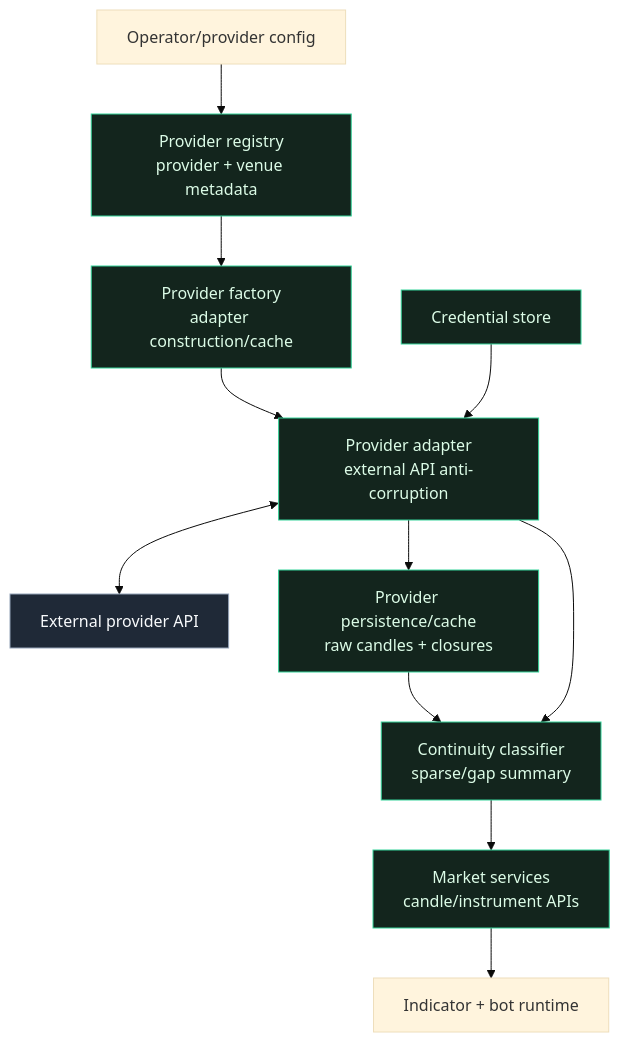
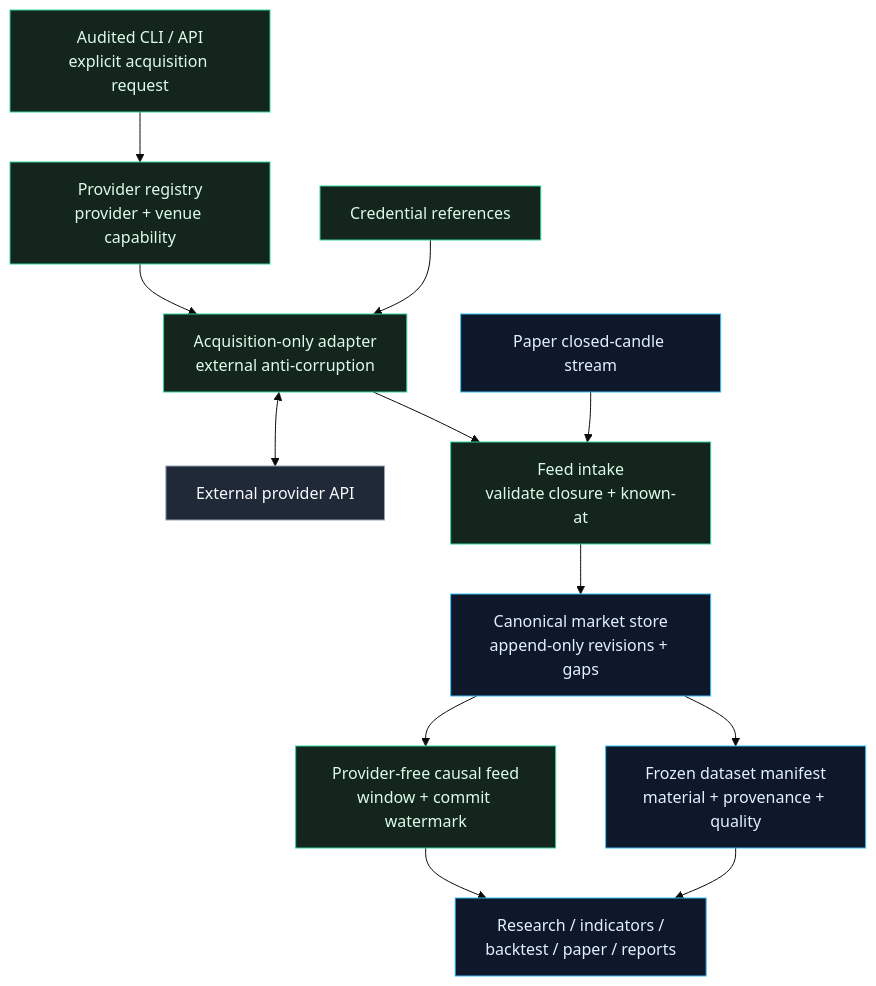
Before and after one commit to elijahbrookss/quant-trad: the diagram in docs/architecture/data/diagrams/data-boundary-flow.mmd, drawn with Mermaid (base theme). The commit also changed 74 other files, not shown here.

Commit message:
feat: establish canonical candle market data feed

```diff
--- a/docs/architecture/data/diagrams/data-boundary-flow.mmd
+++ b/docs/architecture/data/diagrams/data-boundary-flow.mmd
@@ -1,27 +1,31 @@
 flowchart TD
-    config["Operator/provider config"]
-    registry["Provider registry<br/>provider + venue metadata"]
-    factory["Provider factory<br/>adapter construction/cache"]
-    adapter["Provider adapter<br/>external API anti-corruption"]
-    credentials["Credential store"]
+    request["Audited CLI / API<br/>explicit acquisition request"]
+    registry["Provider registry<br/>provider + venue capability"]
+    adapter["Acquisition-only adapter<br/>external anti-corruption"]
+    credentials["Credential references"]
     api["External provider API"]
-    persistence["Provider persistence/cache<br/>raw candles + closures"]
-    continuity["Continuity classifier<br/>sparse/gap summary"]
-    market["Market services<br/>candle/instrument APIs"]
-    runtime["Indicator + bot runtime"]
+    normalize["Feed intake<br/>validate closure + known-at"]
+    stream["Paper closed-candle stream"]
+    store["Canonical market store<br/>append-only revisions + gaps"]
+    feed["Provider-free causal feed<br/>window + commit watermark"]
+    dataset["Frozen dataset manifest<br/>material + provenance + quality"]
+    consumers["Research / indicators /<br/>backtest / paper / reports"]
 
-    config --> registry
-    registry --> factory
-    factory --> adapter
+    request --> registry
+    registry --> adapter
     credentials --> adapter
     adapter <--> api
-    adapter --> persistence
-    persistence --> continuity
-    adapter --> continuity
-    continuity --> market
-    market --> runtime
+    adapter --> normalize
+    stream --> normalize
+    normalize --> store
+    store --> feed
+    store --> dataset
+    feed --> consumers
+    dataset --> consumers
 
     classDef boundary fill:#13251d,stroke:#34d399,color:#dcfce7
+    classDef truth fill:#0f172a,stroke:#38bdf8,color:#e0f2fe
     classDef external fill:#1f2937,stroke:#94a3b8,color:#f8fafc
-    class registry,factory,adapter,credentials,persistence,continuity,market boundary
+    class request,registry,adapter,credentials,normalize,feed boundary
+    class stream,store,dataset,consumers truth
     class api external
```
